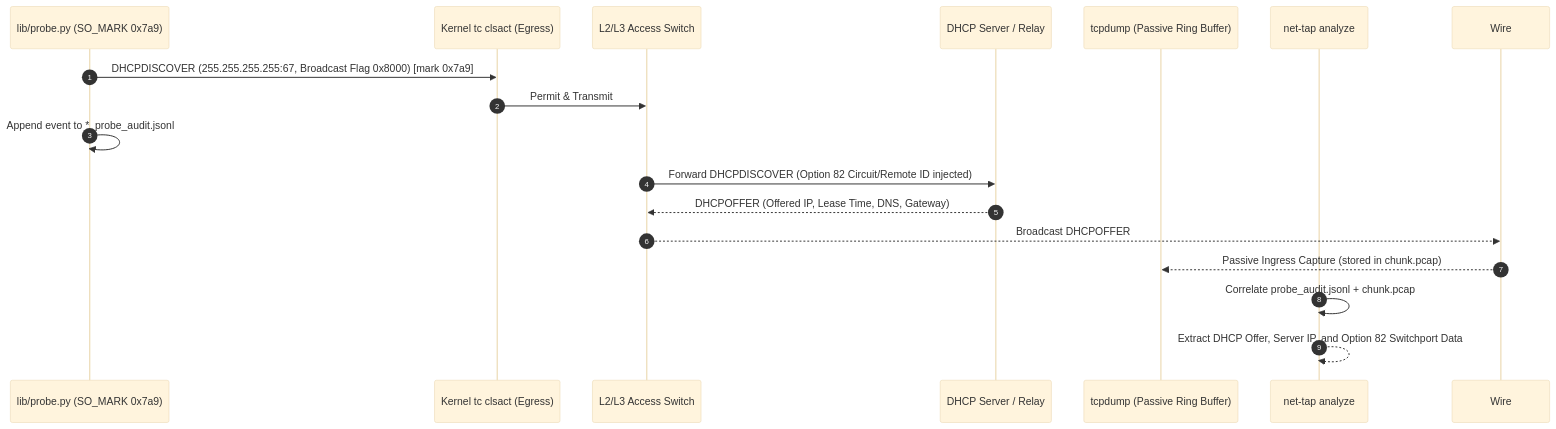
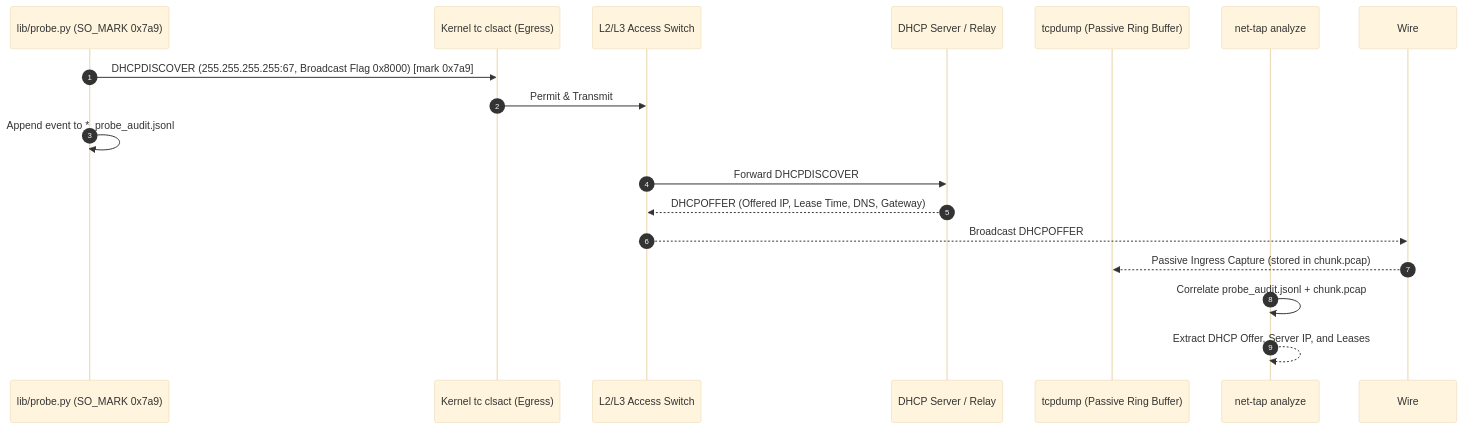
Before and after one commit to Nementon/net-tap: the sixth of 9 diagrams in README.md, drawn with Mermaid (base theme). The commit also changed other lines of this file and 9 other files, not shown here.

````diff
--- a/README.md
+++ b/README.md
@@ -623,20 +629,20 @@
 ```mermaid
 sequenceDiagram
     autonumber
     participant Probe as lib/probe.py (SO_MARK 0x7a9)
     participant TC as Kernel tc clsact (Egress)
     participant Switch as L2/L3 Access Switch
     participant DHCPServer as DHCP Server / Relay
     participant PCAP as tcpdump (Passive Ring Buffer)
     participant Analyzer as net-tap analyze
 
     Probe->>TC: DHCPDISCOVER (255.255.255.255:67, Broadcast Flag 0x8000) [mark 0x7a9]
     TC->>Switch: Permit & Transmit
     Probe->>Probe: Append event to *_probe_audit.jsonl
-    Switch->>DHCPServer: Forward DHCPDISCOVER (Option 82 Circuit/Remote ID injected)
+    Switch->>DHCPServer: Forward DHCPDISCOVER
     DHCPServer-->>Switch: DHCPOFFER (Offered IP, Lease Time, DNS, Gateway)
     Switch-->>Wire: Broadcast DHCPOFFER
     Wire-->>PCAP: Passive Ingress Capture (stored in chunk.pcap)
     Analyzer->>Analyzer: Correlate probe_audit.jsonl + chunk.pcap
-    Analyzer-->>Analyzer: Extract DHCP Offer, Server IP, and Option 82 Switchport Data
+    Analyzer-->>Analyzer: Extract DHCP Offer, Server IP, and Leases
 ```
````
